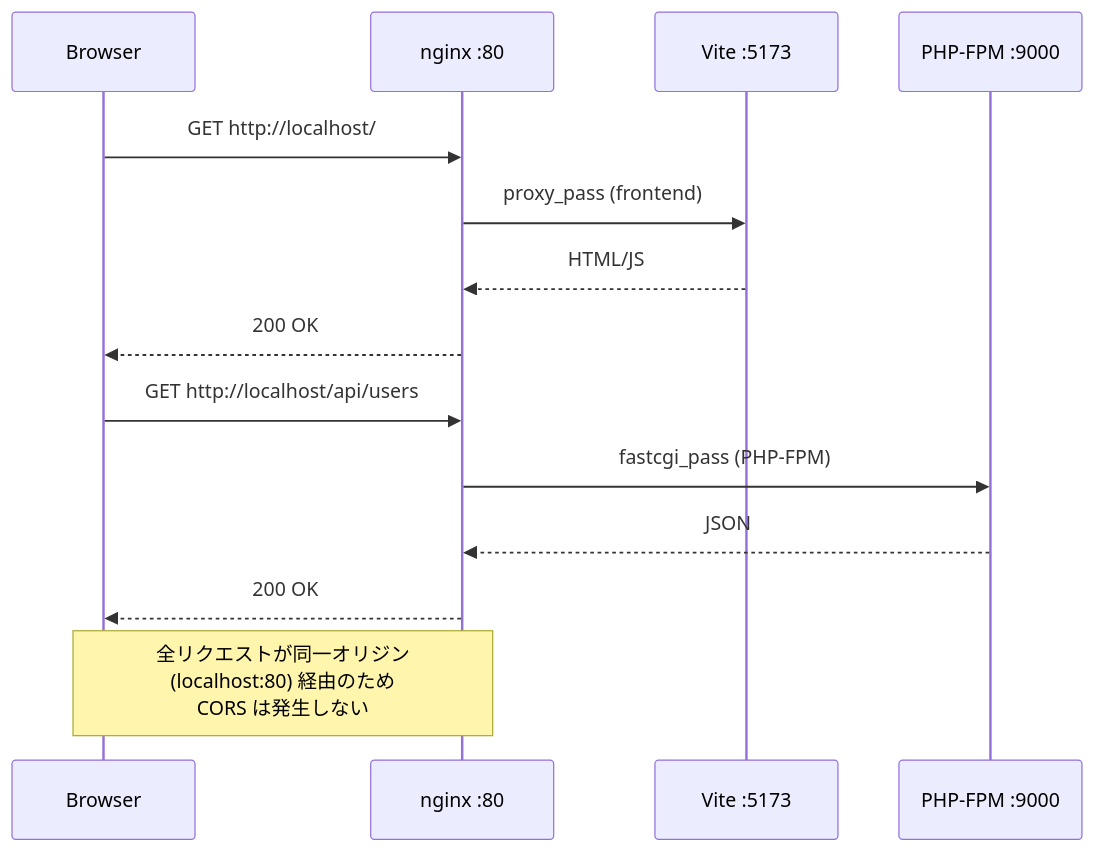
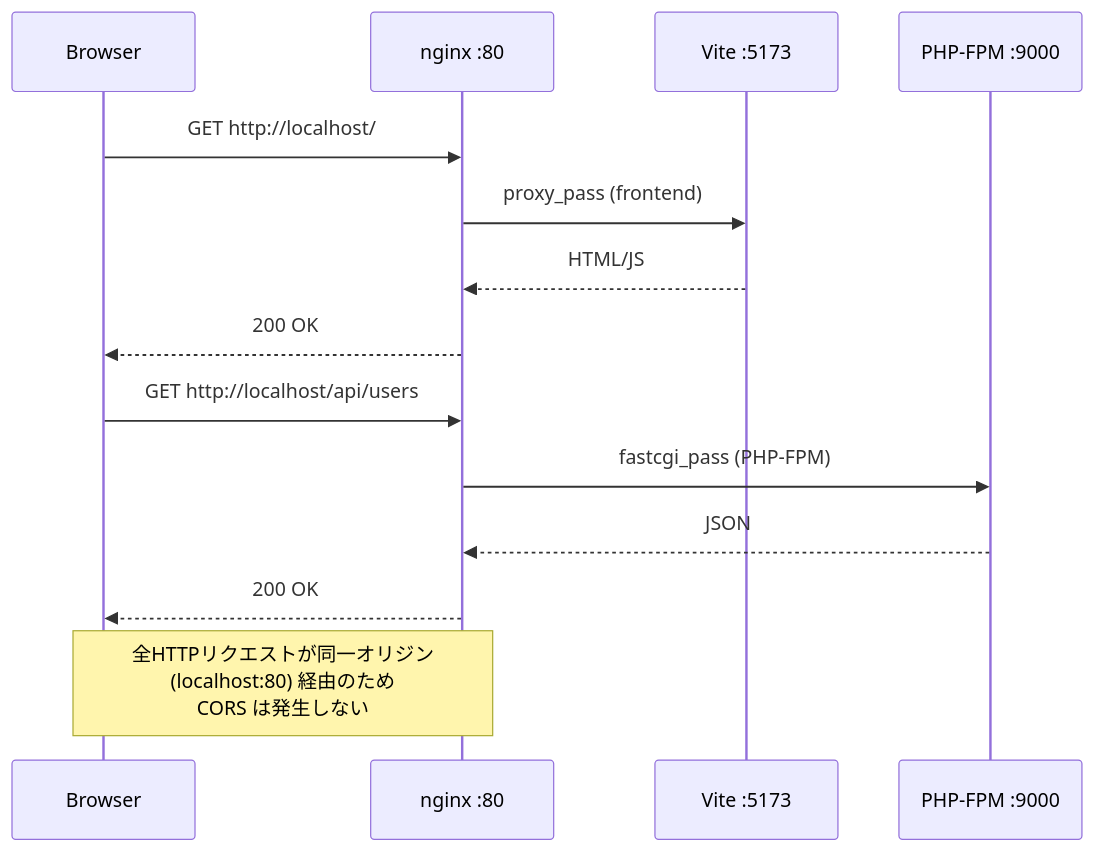
Before and after one commit to miyazakisora111/time-attendance: the ninth of 12 diagrams in docs/infra/README.md, drawn with Mermaid. The commit also changed other lines of this file and 88 other files, not shown here.

````diff
--- a/docs/infra/README.md
+++ b/docs/infra/README.md
@@ -827,19 +827,19 @@
 ```mermaid
 sequenceDiagram
     participant B as Browser
     participant N as nginx :80
     participant V as Vite :5173
     participant P as PHP-FPM :9000
 
     B->>N: GET http://localhost/
     N->>V: proxy_pass (frontend)
     V-->>N: HTML/JS
     N-->>B: 200 OK
 
     B->>N: GET http://localhost/api/users
     N->>P: fastcgi_pass (PHP-FPM)
     P-->>N: JSON
     N-->>B: 200 OK
 
-    Note over B,N: 全リクエストが同一オリジン<br/>(localhost:80) 経由のため<br/>CORS は発生しない
+    Note over B,N: 全HTTPリクエストが同一オリジン<br/>(localhost:80) 経由のため<br/>CORS は発生しない
 ```
````
